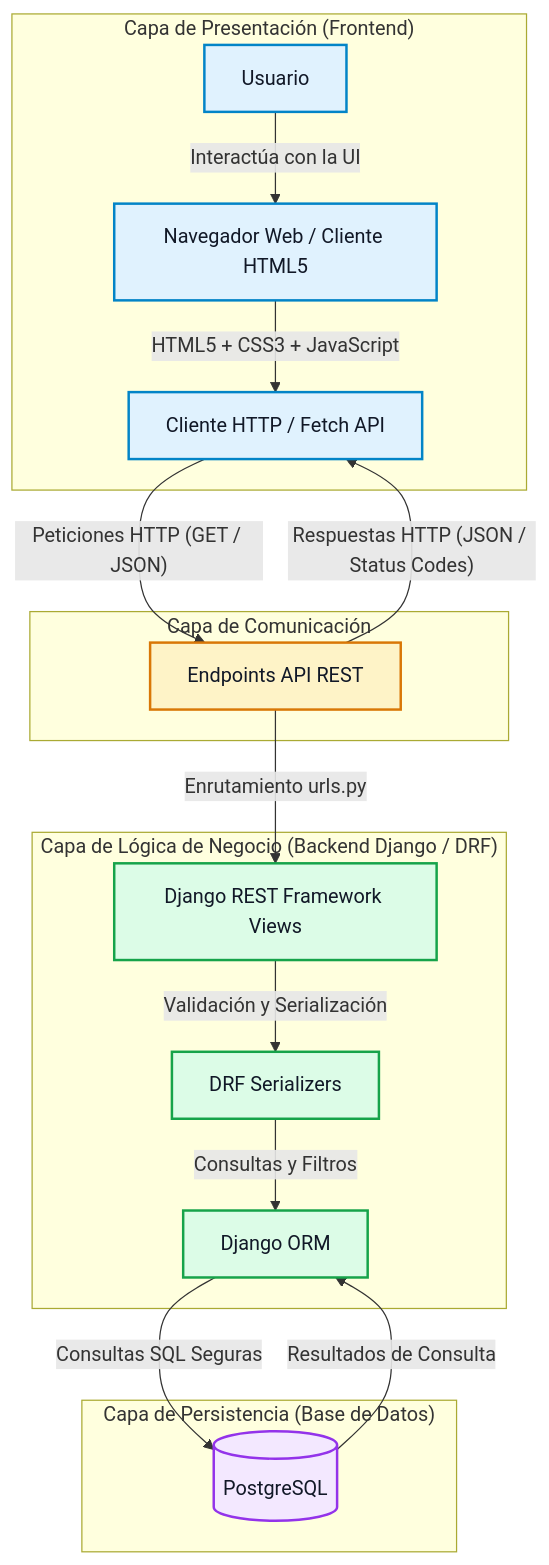
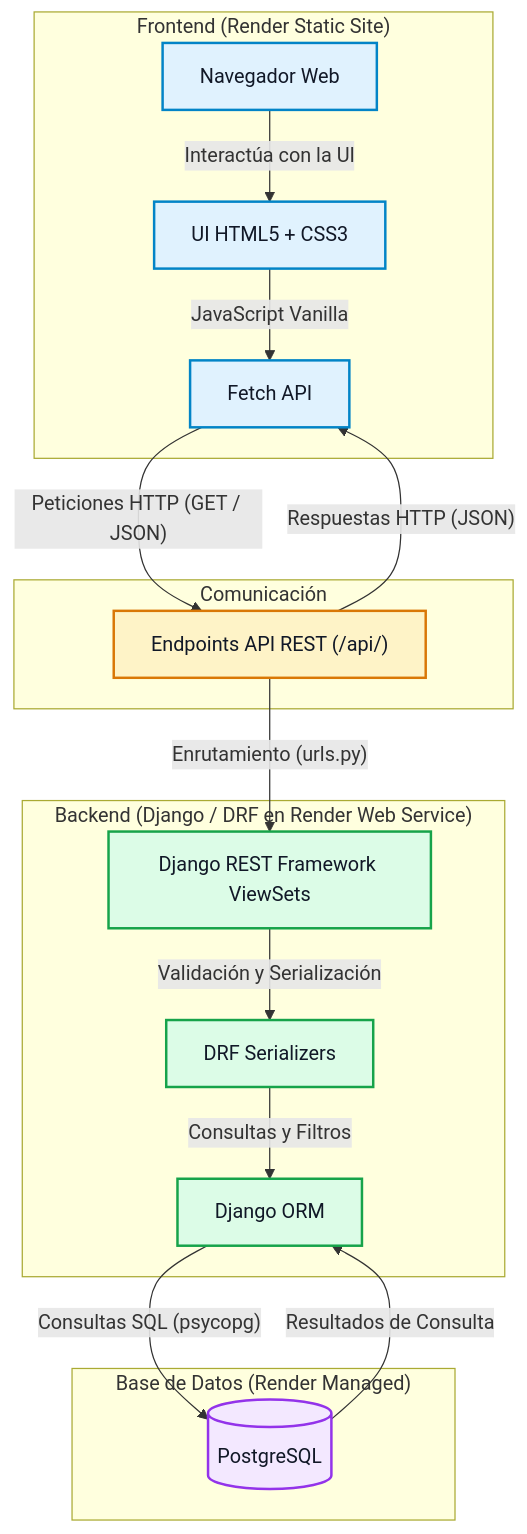
Before and after one commit to Darksam03/RuralConecta-ProyectoWeb: the first of 3 diagrams in docs/arquitectura/especificacion-tecnica.md, drawn with Mermaid. The commit also changed 2 other files, not shown here.

Commit message:
Agregar diagramas de arquitectura y entidad relacion actualizados

````diff
--- a/docs/arquitectura/especificacion-tecnica.md
+++ b/docs/arquitectura/especificacion-tecnica.md
@@ -134,33 +134,33 @@
 ```mermaid
 graph TD
-    subgraph "Capa de Presentación (Frontend)"
-        A["Usuario"] -->|"Interactúa con la UI"| B["Navegador Web / Cliente HTML5"]
-        B -->|"HTML5 + CSS3 + JavaScript"| C["Cliente HTTP / Fetch API"]
+    subgraph "Frontend (Render Static Site)"
+        A["Navegador Web"] -->|"Interactúa con la UI"| B["UI HTML5 + CSS3"]
+        B -->|"JavaScript Vanilla"| C["Fetch API"]
     end
 
-    subgraph "Capa de Comunicación"
-        C -->|"Peticiones HTTP (GET / JSON)"| D["Endpoints API REST"]
-        D -->|"Respuestas HTTP (JSON / Status Codes)"| C
+    subgraph "Comunicación"
+        C -->|"Peticiones HTTP (GET / JSON)"| D["Endpoints API REST (/api/)"]
+        D -->|"Respuestas HTTP (JSON)"| C
     end
 
-    subgraph "Capa de Lógica de Negocio (Backend Django / DRF)"
-        D -->|"Enrutamiento urls.py"| E["Django REST Framework Views"]
+    subgraph "Backend (Django / DRF en Render Web Service)"
+        D -->|"Enrutamiento (urls.py)"| E["Django REST Framework ViewSets"]
         E -->|"Validación y Serialización"| F["DRF Serializers"]
         F -->|"Consultas y Filtros"| G["Django ORM"]
     end
 
-    subgraph "Capa de Persistencia (Base de Datos)"
-        G -->|"Consultas SQL Seguras"| H[("PostgreSQL")]
+    subgraph "Base de Datos (Render Managed)"
+        G -->|"Consultas SQL (psycopg)"| H[("PostgreSQL")]
         H -->|"Resultados de Consulta"| G
     end
 
     classDef client fill:#e0f2fe,stroke:#0284c7,stroke-width:2px,color:#111827;
     classDef comm fill:#fef3c7,stroke:#d97706,stroke-width:2px,color:#111827;
     classDef server fill:#dcfce7,stroke:#16a34a,stroke-width:2px,color:#111827;
     classDef db fill:#f3e8ff,stroke:#9333ea,stroke-width:2px,color:#111827;
 
     class A,B,C client;
     class D comm;
     class E,F,G server;
     class H db;
 ```
````
